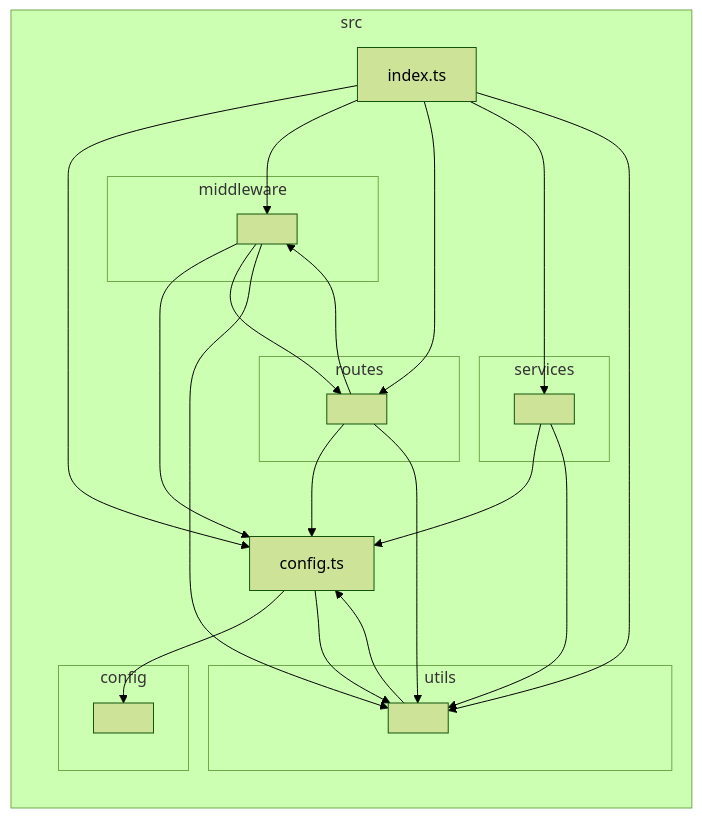
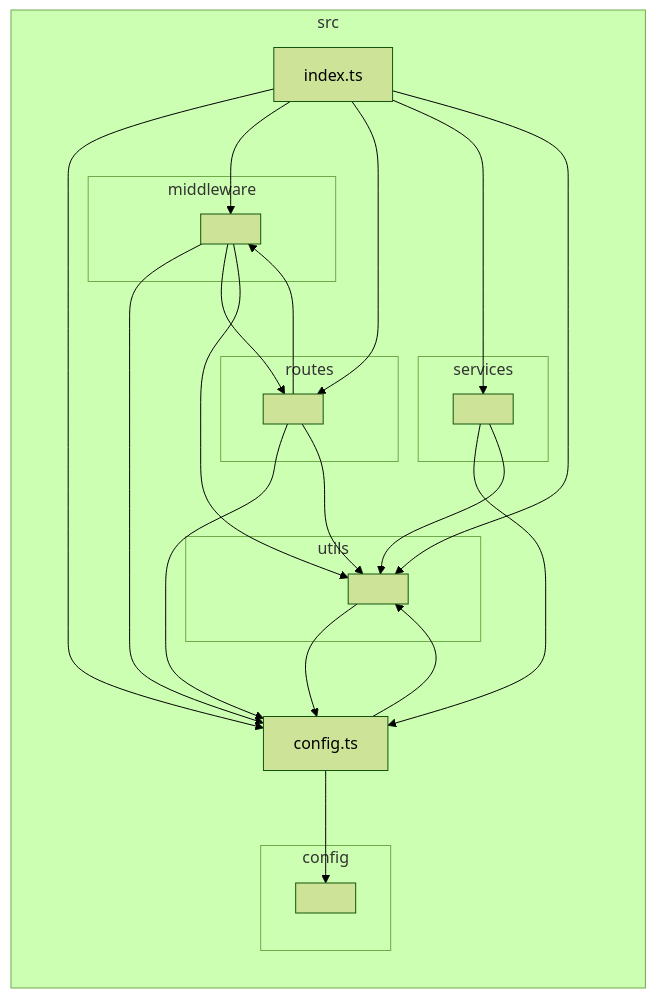
Before and after one commit to nekoguntai-castle/sanctuary: the diagram in docs/architecture/generated/gateway.md, drawn with Mermaid (forest theme). The commit also changed 4 other files, not shown here.

Commit message:
fix(architecture): give generated graph nodes stable path-derived ids (#847)

````diff
--- a/docs/architecture/generated/gateway.md
+++ b/docs/architecture/generated/gateway.md
@@ -19,39 +19,39 @@
 ```mermaid
 flowchart LR
 
-subgraph 0["src"]
-1["config.ts"]
-subgraph 2["config"]
-3[" "]
+subgraph n_src["src"]
+n_src_config_ts["config.ts"]
+subgraph n_src_config["config"]
+n_src_config__collapsed[" "]
 end
-4["index.ts"]
-subgraph 5["middleware"]
-6[" "]
+n_src_index_ts["index.ts"]
+subgraph n_src_middleware["middleware"]
+n_src_middleware__collapsed[" "]
 end
-subgraph 7["routes"]
-8[" "]
+subgraph n_src_routes["routes"]
+n_src_routes__collapsed[" "]
 end
-subgraph 9["services"]
-A[" "]
+subgraph n_src_services["services"]
+n_src_services__collapsed[" "]
 end
-subgraph B["utils"]
-C[" "]
+subgraph n_src_utils["utils"]
+n_src_utils__collapsed[" "]
 end
 end
-1-->3
-1-->C
-4-->1
-4-->6
-4-->8
-4-->A
-4-->C
-6-->1
-6-->8
-6-->C
-8-->1
-8-->6
-8-->C
-A-->1
-A-->C
-C-->1
+n_src_config_ts-->n_src_config__collapsed
+n_src_config_ts-->n_src_utils__collapsed
+n_src_index_ts-->n_src_config_ts
+n_src_index_ts-->n_src_middleware__collapsed
+n_src_index_ts-->n_src_routes__collapsed
+n_src_index_ts-->n_src_services__collapsed
+n_src_index_ts-->n_src_utils__collapsed
+n_src_middleware__collapsed-->n_src_config_ts
+n_src_middleware__collapsed-->n_src_routes__collapsed
+n_src_middleware__collapsed-->n_src_utils__collapsed
+n_src_routes__collapsed-->n_src_config_ts
+n_src_routes__collapsed-->n_src_middleware__collapsed
+n_src_routes__collapsed-->n_src_utils__collapsed
+n_src_services__collapsed-->n_src_config_ts
+n_src_services__collapsed-->n_src_utils__collapsed
+n_src_utils__collapsed-->n_src_config_ts
 ```
````
